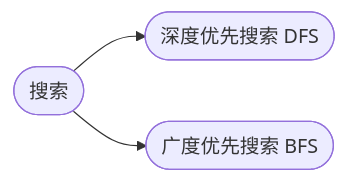
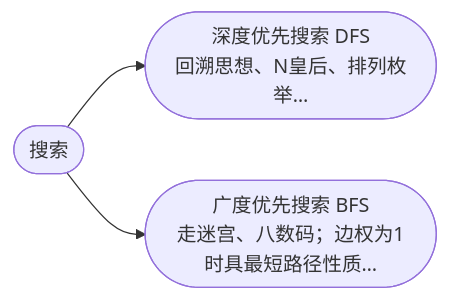
Before and after one commit to cuberxl/Coders-Note: the diagram in 4-搜索/index.md, drawn with Mermaid. The commit also changed 16 other files, not shown here.

````diff
--- a/4-搜索/index.md
+++ b/4-搜索/index.md
@@ -22,6 +22,6 @@
 ```mermaid
 flowchart LR
     R(["搜索"])
-    R --> N1(["深度优先搜索 DFS"])
-    R --> N2(["广度优先搜索 BFS"])
+    R --> N1(["深度优先搜索 DFS<br/>回溯思想、N皇后、排列枚举…"])
+    R --> N2(["广度优先搜索 BFS<br/>走迷宫、八数码；边权为1时具最短路径性质…"])
 ```
````
